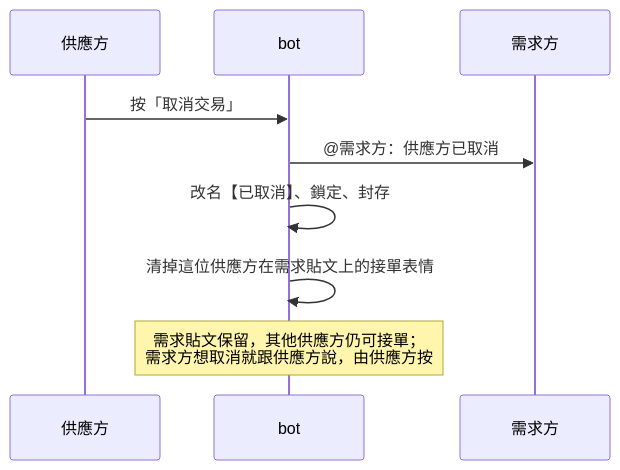
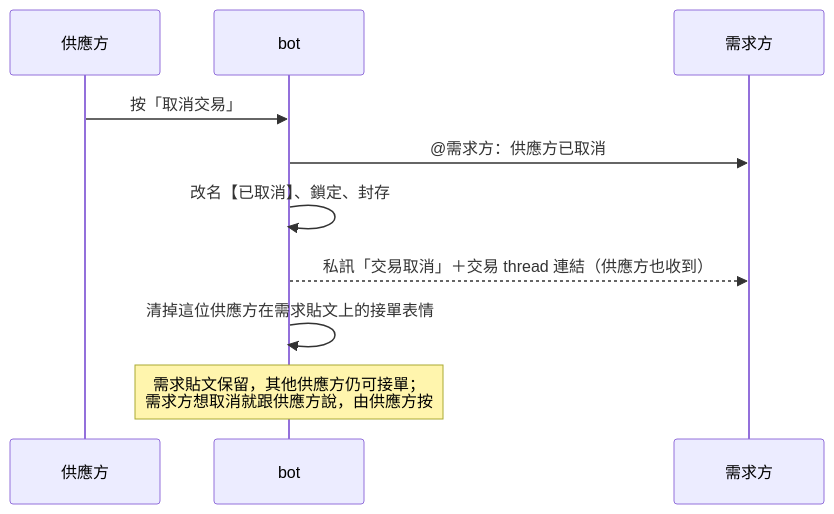
Before and after one commit to jjasoncool/Discord-Bot: the fifth of 11 diagrams in TRADE_FLOW.md, drawn with Mermaid. The commit also changed other lines of this file and 1 other file, not shown here.

````diff
--- a/TRADE_FLOW.md
+++ b/TRADE_FLOW.md
@@ -130,11 +132,12 @@
 ```mermaid
 sequenceDiagram
   participant S as 供應方
   participant Bot as bot
   participant R as 需求方
   S->>Bot: 按「取消交易」
   Bot->>R: @需求方：供應方已取消
   Bot->>Bot: 改名【已取消】、鎖定、封存
+  Bot-->>R: 私訊「交易取消」＋交易 thread 連結（供應方也收到）
   Bot->>Bot: 清掉這位供應方在需求貼文上的接單表情
   Note over Bot: 需求貼文保留，其他供應方仍可接單；<br/>需求方想取消就跟供應方說，由供應方按
 ```
````
